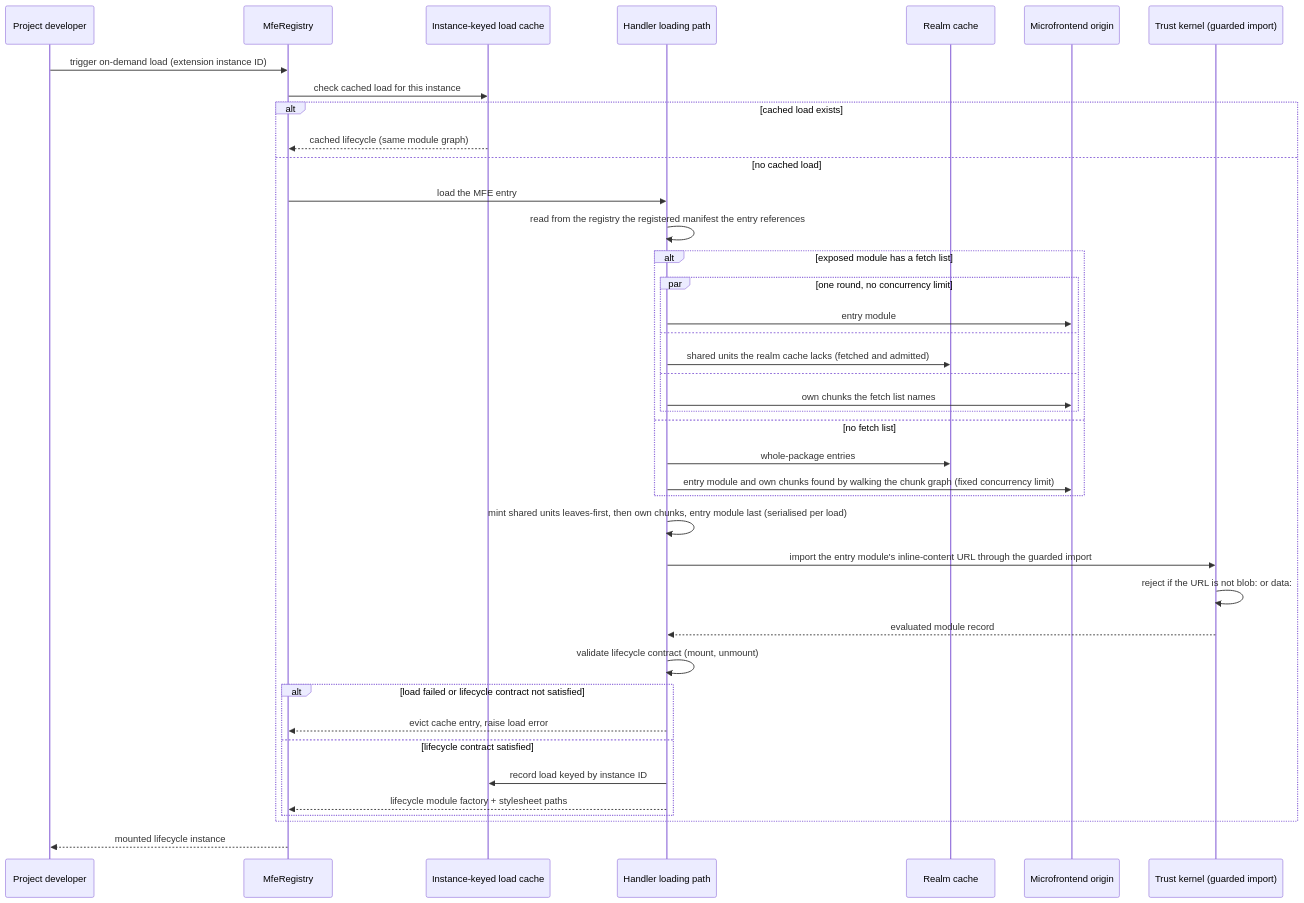
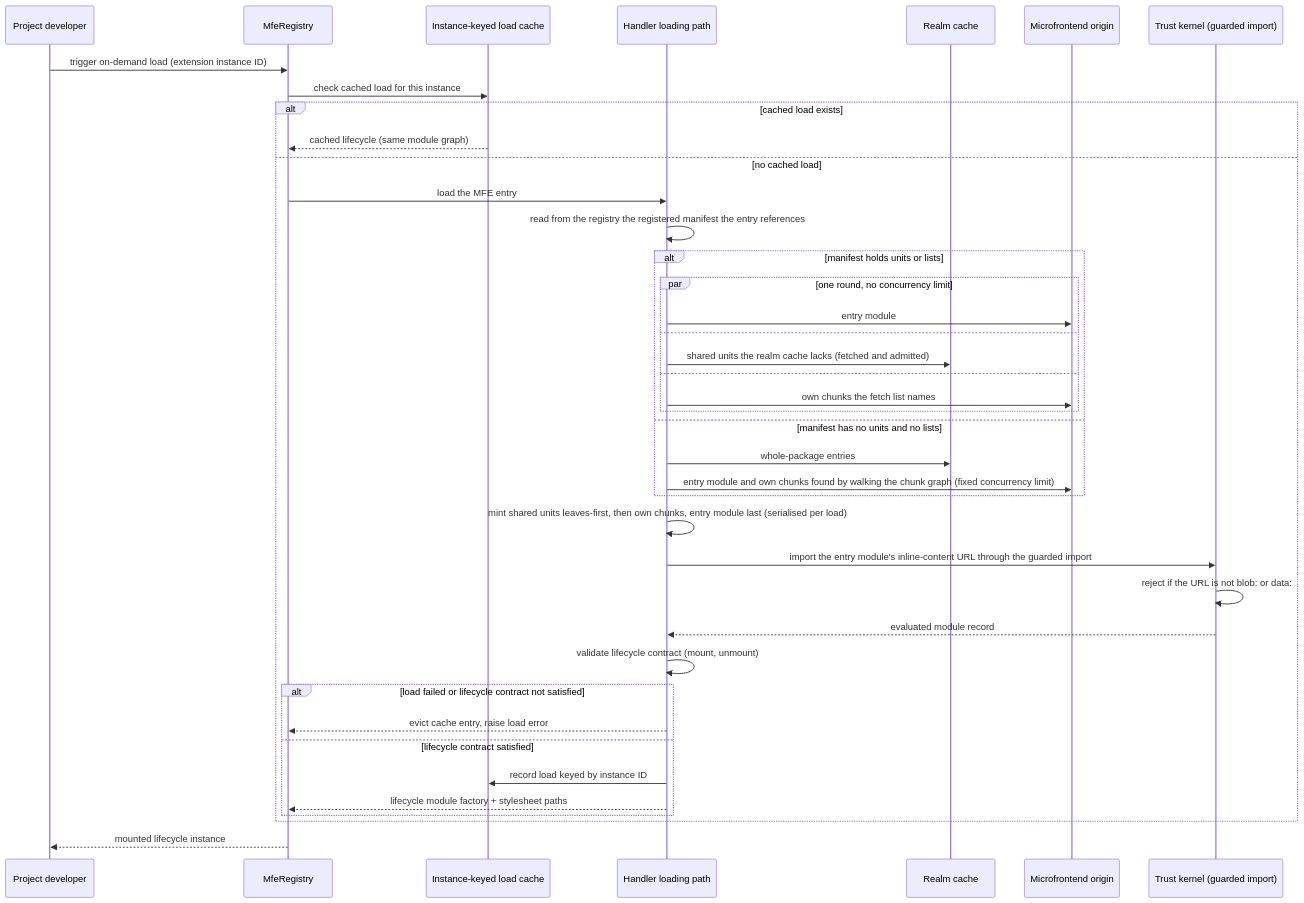
The second of 5 diagrams in packages/mfes/architecture/DESIGN.md (constructorfabric/gears-frontx), drawn with Mermaid before and after one commit. The commit also changed other lines of this file and 94 other files, not shown here.

````diff
--- a/packages/mfes/architecture/DESIGN.md
+++ b/packages/mfes/architecture/DESIGN.md
@@ -390,42 +390,42 @@
 ```mermaid
 sequenceDiagram
     participant Dev as Project developer
     participant Reg as MfeRegistry
     participant Cache as Instance-keyed load cache
     participant Ld as Handler loading path
     participant RC as Realm cache
     participant Org as Microfrontend origin
     participant TK as Trust kernel (guarded import)
     Dev->>Reg: trigger on-demand load (extension instance ID)
     Reg->>Cache: check cached load for this instance
     alt cached load exists
         Cache-->>Reg: cached lifecycle (same module graph)
     else no cached load
         Reg->>Ld: load the MFE entry
         Ld->>Ld: read from the registry the registered manifest the entry references
-        alt exposed module has a fetch list
+        alt manifest holds units or lists
             par one round, no concurrency limit
                 Ld->>Org: entry module
             and
                 Ld->>RC: shared units the realm cache lacks (fetched and admitted)
             and
                 Ld->>Org: own chunks the fetch list names
             end
-        else no fetch list
+        else manifest has no units and no lists
             Ld->>RC: whole-package entries
             Ld->>Org: entry module and own chunks found by walking the chunk graph (fixed concurrency limit)
         end
         Ld->>Ld: mint shared units leaves-first, then own chunks, entry module last (serialised per load)
         Ld->>TK: import the entry module's inline-content URL through the guarded import
         TK->>TK: reject if the URL is not blob: or data:
         TK-->>Ld: evaluated module record
         Ld->>Ld: validate lifecycle contract (mount, unmount)
         alt load failed or lifecycle contract not satisfied
             Ld-->>Reg: evict cache entry, raise load error
         else lifecycle contract satisfied
             Ld->>Cache: record load keyed by instance ID
             Ld-->>Reg: lifecycle module factory + stylesheet paths
         end
     end
     Reg-->>Dev: mounted lifecycle instance
 ```
````
